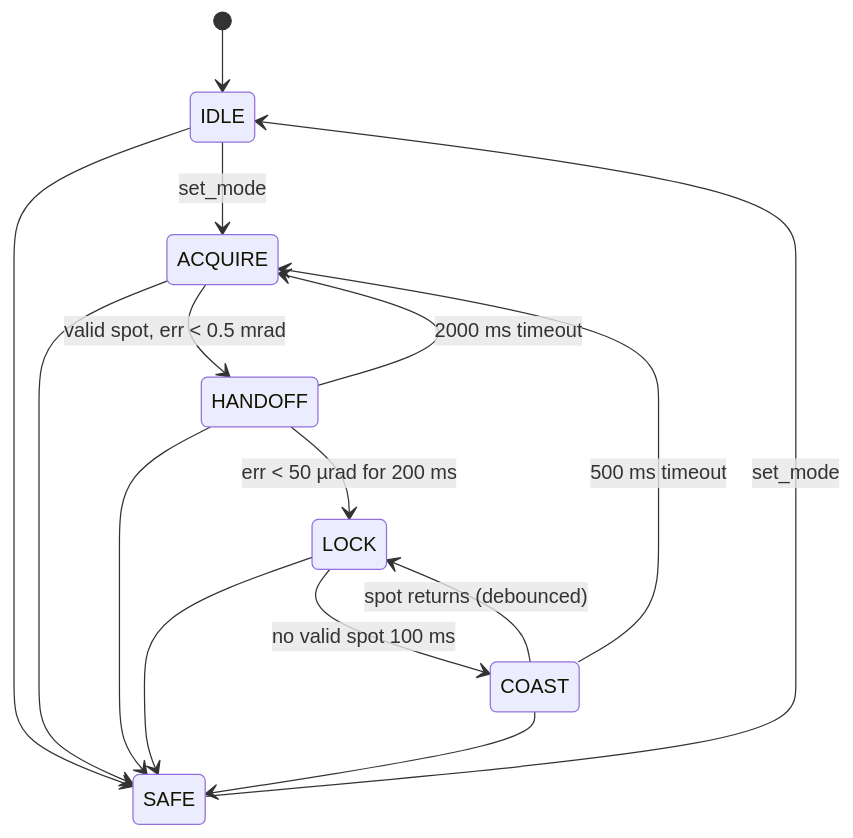
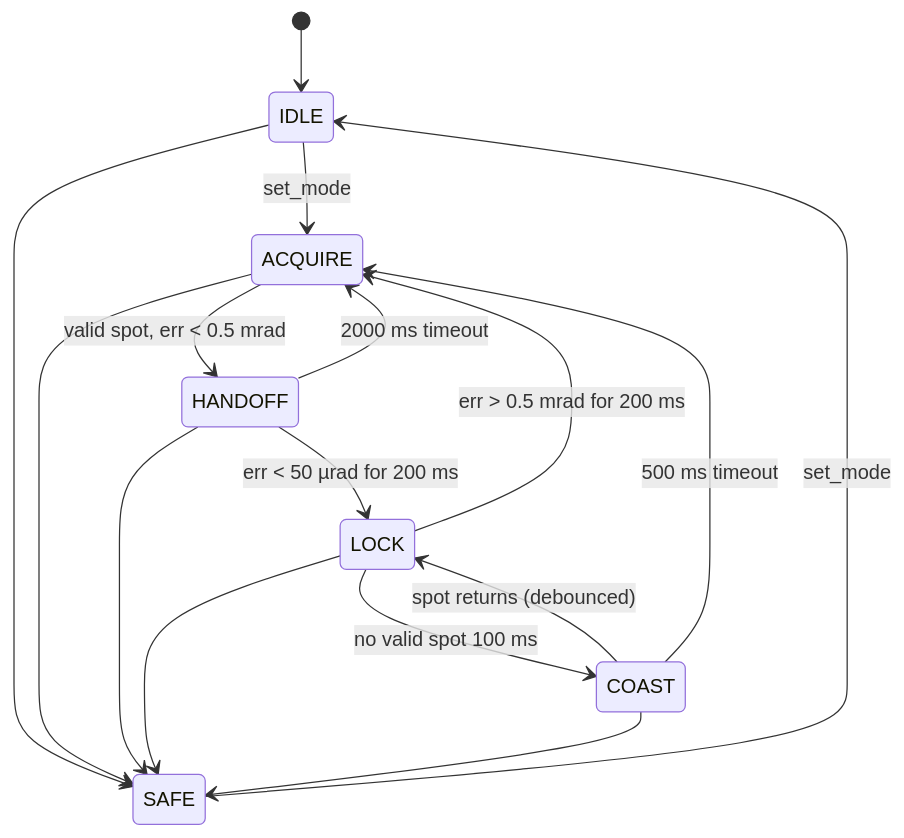
Before and after one commit to hermanthong/pat_terminal: the second of 2 diagrams in README.md, drawn with Mermaid. The commit also changed other lines of this file and 2 other files, not shown here.

Commit message:
lose the lock if too far away

````diff
--- a/README.md
+++ b/README.md
@@ -130,17 +130,18 @@
 ```mermaid
 stateDiagram-v2
     [*] --> IDLE
     IDLE --> ACQUIRE : set_mode
     ACQUIRE --> HANDOFF : valid spot, err < 0.5 mrad
     HANDOFF --> LOCK : err < 50 µrad for 200 ms
     HANDOFF --> ACQUIRE : 2000 ms timeout
     LOCK --> COAST : no valid spot 100 ms
+    LOCK --> ACQUIRE : err > 0.5 mrad for 200 ms
     COAST --> LOCK : spot returns (debounced)
     COAST --> ACQUIRE : 500 ms timeout
     IDLE --> SAFE
     ACQUIRE --> SAFE
     HANDOFF --> SAFE
     LOCK --> SAFE
     COAST --> SAFE
     SAFE --> IDLE : set_mode
 ```
````
